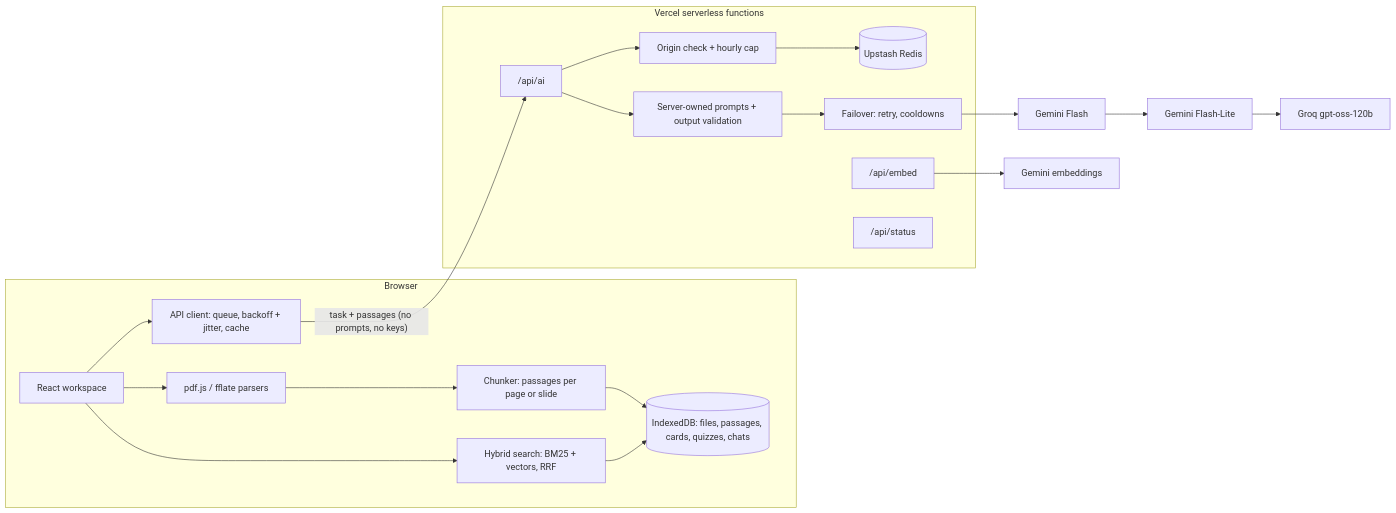
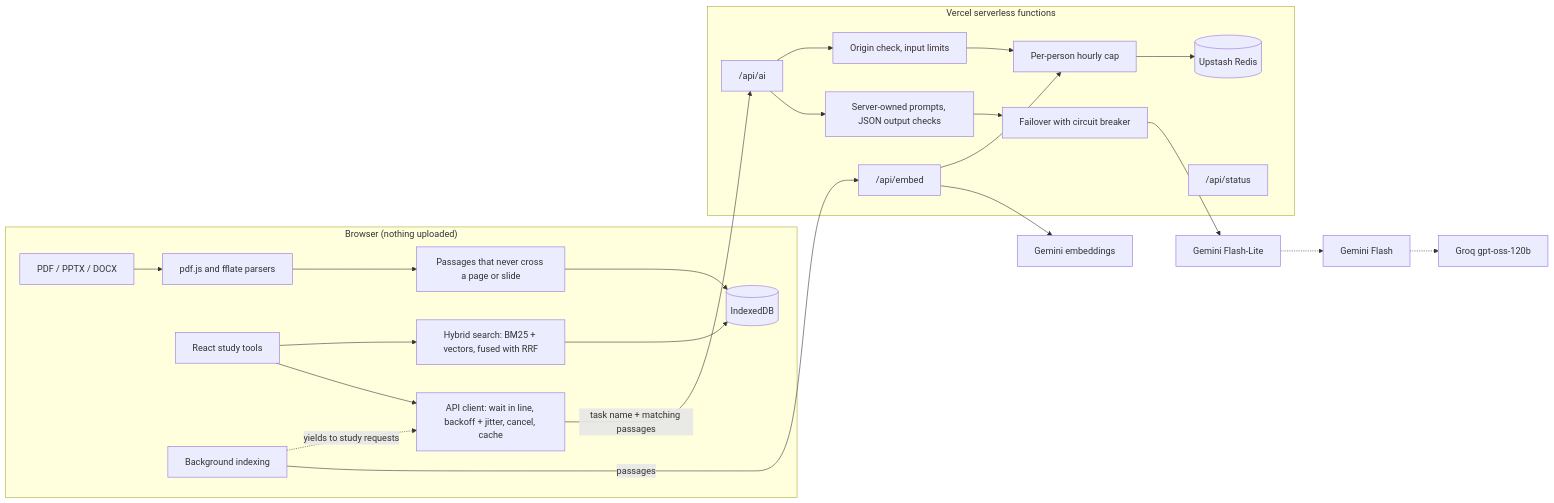
One commit to ayaanalv/vubicle changed the diagram in README.md. Above: the diagram before and after it, drawn with Mermaid. The commit also changed other lines of this file and 10 other files, not shown here.

First line of the commit message:
README: live link, screenshots of every tool, architecture, engineering notes

````diff
--- a/README.md
+++ b/README.md
@@ -22,22 +34,25 @@
 ```mermaid
 flowchart LR
-  subgraph Browser
-    UI[React workspace] --> Parse[pdf.js / fflate parsers]
-    Parse --> Chunk[Chunker: passages per page or slide]
-    Chunk --> IDB[(IndexedDB: files, passages, cards, quizzes, chats)]
-    UI --> Search[Hybrid search: BM25 + vectors, RRF]
+  subgraph Browser["Browser (nothing uploaded)"]
+    Files[PDF / PPTX / DOCX] --> Parse[pdf.js and fflate parsers]
+    Parse --> Chunk[Passages that never cross a page or slide]
+    Chunk --> IDB[(IndexedDB)]
+    Tools[React study tools] --> Search[Hybrid search: BM25 + vectors, fused with RRF]
     Search --> IDB
-    UI --> Client[API client: queue, backoff + jitter, cache]
+    Tools --> Line[API client: wait in line, backoff + jitter, cancel, cache]
+    Index[Background indexing] -. yields to study requests .-> Line
   end
-  Client -- "task + passages (no prompts, no keys)" --> AI
-  subgraph Vercel [Vercel serverless functions]
-    AI["/api/ai"] --> Guard[Origin check + hourly cap]
-    Guard --> RL[(Upstash Redis)]
-    AI --> Prompts[Server-owned prompts + output validation]
-    Prompts --> Failover[Failover: retry, cooldowns]
-    Embed["/api/embed"]
+  Line -- "task name + matching passages" --> AI
+  Index -- "passages" --> Embed
+  subgraph Vercel["Vercel serverless functions"]
+    AI["/api/ai"] --> Guard[Origin check, input limits]
+    Guard --> Cap[Per-person hourly cap]
+    Cap --> Redis[(Upstash Redis)]
+    AI --> Prompts[Server-owned prompts, JSON output checks]
+    Prompts --> Failover[Failover with circuit breaker]
+    Embed["/api/embed"] --> Cap
     Status["/api/status"]
   end
-  Failover --> G1[Gemini Flash] --> G2[Gemini Flash-Lite] --> Groq[Groq gpt-oss-120b]
+  Failover --> Lite[Gemini Flash-Lite] -.-> Flash[Gemini Flash] -.-> Groq[Groq gpt-oss-120b]
   Embed --> GE[Gemini embeddings]
 ```
````
